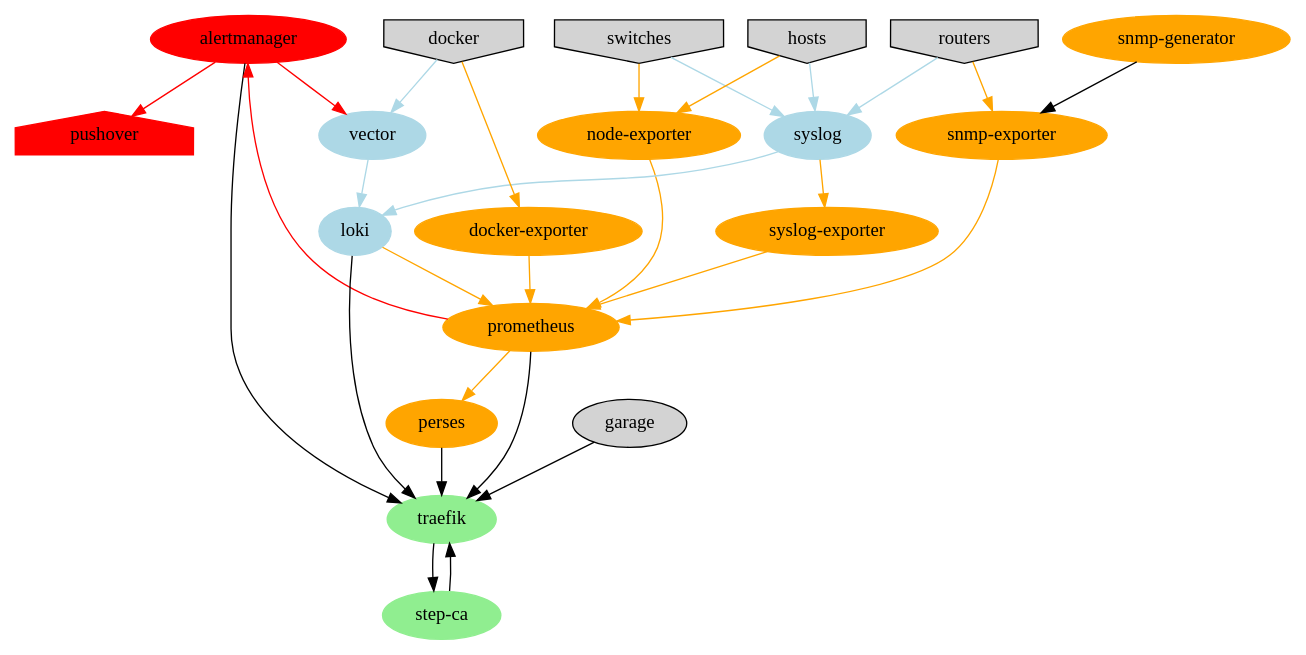
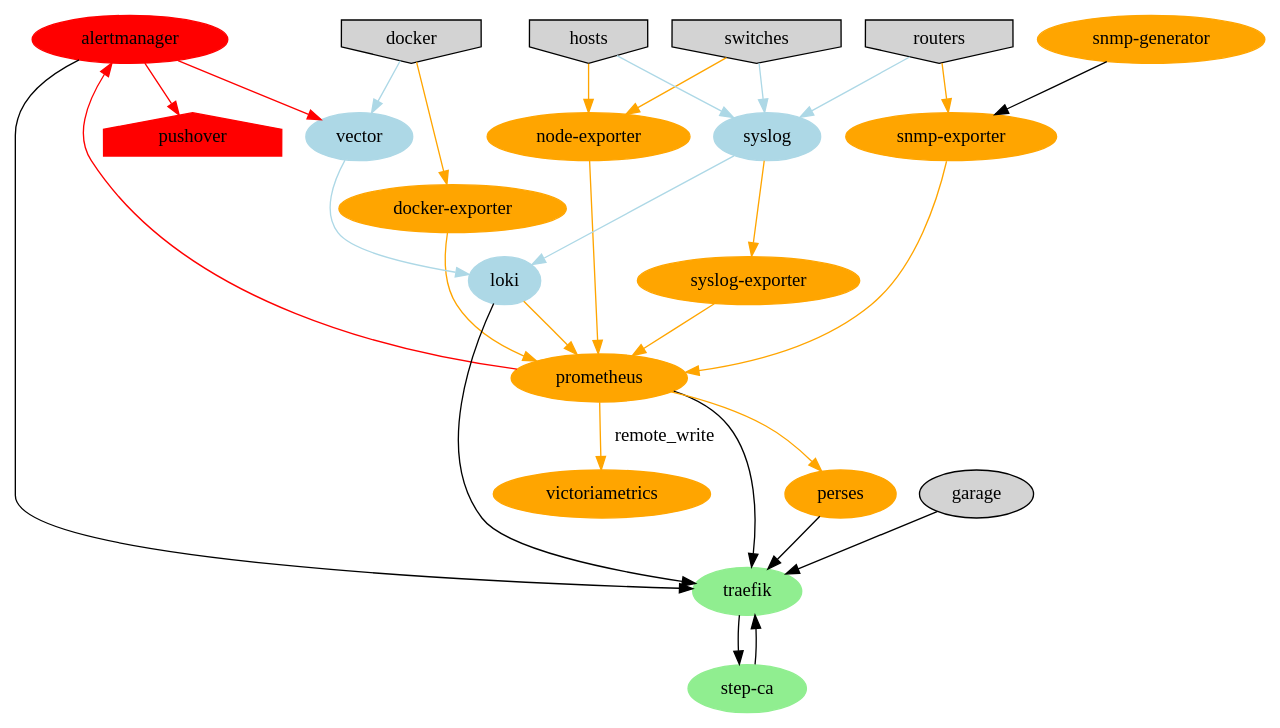
One commit to larsks/keg-services changed the diagram in components.dot. Above: the diagram before and after it, drawn with Graphviz. The commit also changed 5 other files, not shown here.

```diff
--- a/components.dot
+++ b/components.dot
@@ -1,58 +1,61 @@
 digraph {
     node [style="filled"]
 
     # container services
     alertmanager [color="red", fillcolor="red"]
     traefik [color="lightgreen", fillcolor="lightgreen"]
     "step-ca" [color="lightgreen", fillcolor="lightgreen"]
     prometheus [color=orange, fillcolor=orange]
     perses [color=orange, fillcolor=orange]
     "docker-exporter" [color=orange, fillcolor=orange]
     "node-exporter" [color=orange, fillcolor=orange]
     "snmp-exporter" [color=orange, fillcolor=orange]
     "snmp-generator" [color=orange, fillcolor=orange]
     syslog [color=lightblue, fillcolor=lightblue]
     "syslog-exporter" [color=orange, fillcolor=orange]
     vector [color=lightblue, fillcolor=lightblue]
     loki [color=lightblue, fillcolor=lightblue]
+    victoriametrics [color=orange]
 
     # external services
     pushover [shape=house, color=red, fillcolor=red]
     docker [shape=invhouse]
     switches [shape=invhouse]
     routers [shape=invhouse]
     hosts [shape=invhouse]
 
     traefik -> "step-ca"
     "step-ca" -> traefik
     alertmanager -> traefik
     garage -> traefik
     perses -> traefik
     prometheus -> traefik
     loki -> traefik
 
     syslog -> loki [color=lightblue]
     vector -> loki [color=lightblue]
     docker -> vector [color=lightblue]
     syslog -> "syslog-exporter" [color=orange]
 
     alertmanager -> vector [color=red]
     prometheus -> alertmanager [color=red]
     prometheus -> perses [color=orange]
     alertmanager -> pushover [color=red]
 
     switches -> "node-exporter" [color=orange]
     hosts -> "node-exporter" [color=orange]
     hosts -> syslog [color=lightblue]
     switches -> syslog [color=lightblue]
     routers -> syslog [color=lightblue]
     routers -> "snmp-exporter" [color=orange]
 
     docker -> "docker-exporter" [color=orange]
     "docker-exporter" -> prometheus [color=orange]
     "node-exporter" -> prometheus [color=orange]
     "snmp-exporter" -> prometheus [color=orange]
     "snmp-generator" -> "snmp-exporter"
     "syslog-exporter" -> prometheus [color=orange]
     loki -> prometheus [color=orange]
+
+    prometheus -> victoriametrics [color=orange label=remote_write]
   }
```
